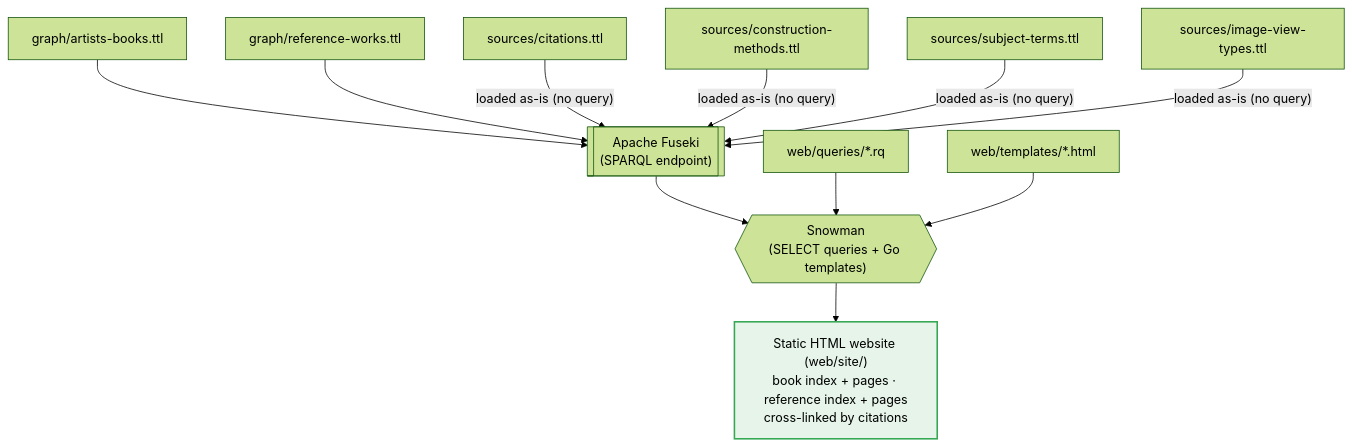
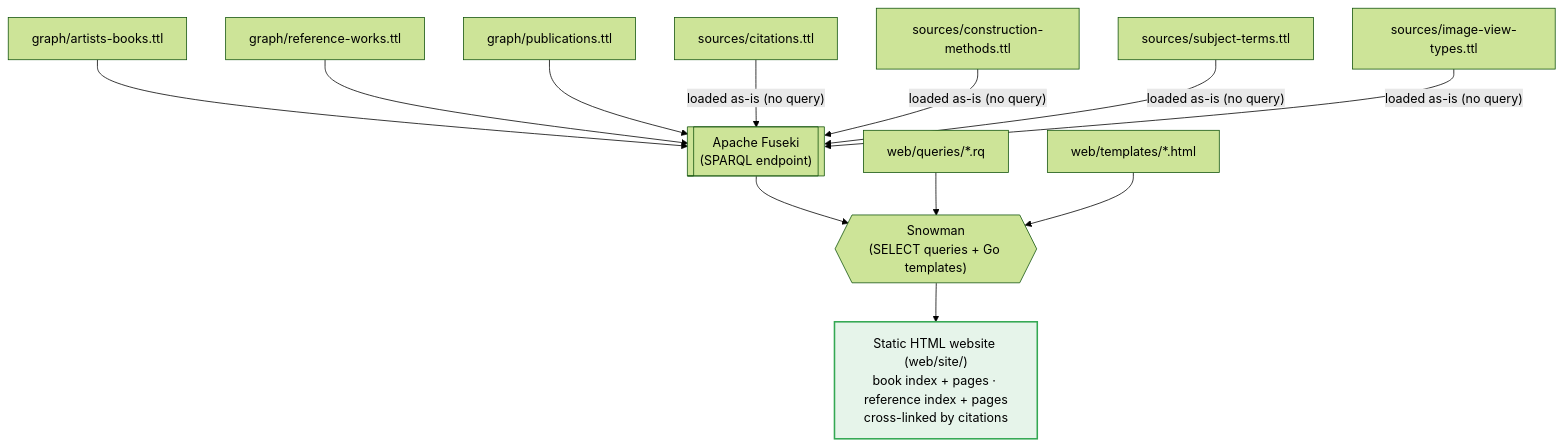
Before and after one commit to dkglab/artists-books: the fifth of 5 diagrams in docs/PIPELINE.md, drawn with Mermaid (forest theme). The commit also changed other lines of this file and 6 other files, not shown here.

````diff
--- a/docs/PIPELINE.md
+++ b/docs/PIPELINE.md
@@ -226,24 +240,26 @@
 ```mermaid
 flowchart TD
     abttl["graph/artists-books.ttl"]
     refttl["graph/reference-works.ttl"]
+    pubttl["graph/publications.ttl"]
     citttl["sources/citations.ttl"]
     cmttl["sources/construction-methods.ttl"]
     smttl["sources/subject-terms.ttl"]
     ivttl["sources/image-view-types.ttl"]
 
     abttl --> fuseki[["Apache Fuseki<br/>(SPARQL endpoint)"]]
     refttl --> fuseki
+    pubttl --> fuseki
     citttl -->|"loaded as-is (no query)"| fuseki
     cmttl -->|"loaded as-is (no query)"| fuseki
     smttl -->|"loaded as-is (no query)"| fuseki
     ivttl -->|"loaded as-is (no query)"| fuseki
 
     fuseki --> snowman{{"Snowman<br/>(SELECT queries + Go templates)"}}
     selects["web/queries/*.rq"] --> snowman
     templates["web/templates/*.html"] --> snowman
     snowman --> site["Static HTML website (web/site/)<br/>book index + pages · reference index + pages<br/>cross-linked by citations"]
 
     classDef output fill:#e6f4ea,stroke:#34a853,stroke-width:2px;
     class site output;
 ```
````
